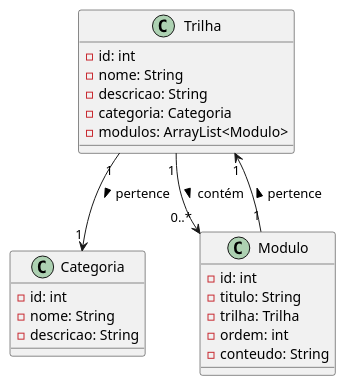
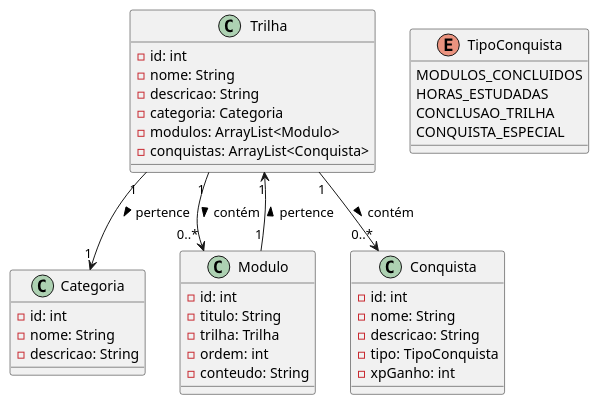
The diagram in Diagrams/classe.puml (BruBSilva/trilha-service), drawn with PlantUML before and after one commit. The commit also changed 1 other file, not shown here.

Commit message:
Add de classes de Conquista nos diagramas

```diff
--- a/Diagrams/classe.puml
+++ b/Diagrams/classe.puml
@@ -1,33 +1,52 @@
 @startuml
 
 ' Classe Categoria
 class Categoria {
   -id: int
   -nome: String
   -descricao: String
 }
 
 ' Classe Trilha
 class Trilha {
   -id: int
   -nome: String
   -descricao: String
   -categoria: Categoria
   -modulos: ArrayList<Modulo>
+  -conquistas: ArrayList<Conquista>
 }
 
 ' Classe Modulo
 class Modulo {
   -id: int
   -titulo: String
   -trilha: Trilha
   -ordem: int
   -conteudo: String
 }
 
+' Classe Conquista
+class Conquista {
+  -id: int
+  -nome: String
+  -descricao: String
+  -tipo: TipoConquista
+  -xpGanho: int
+}
+
+' Enum para o tipo de conquista
+enum TipoConquista {
+  MODULOS_CONCLUIDOS
+  HORAS_ESTUDADAS
+  CONCLUSAO_TRILHA
+  CONQUISTA_ESPECIAL
+}
+
 ' Relacionamentos
 Trilha "1" --> "1" Categoria : pertence >
 Trilha "1" --> "0..*" Modulo : contém >
+Trilha "1" --> "0..*" Conquista : contém >
 Modulo "1" --> "1" Trilha : pertence >
 
 @enduml
```
